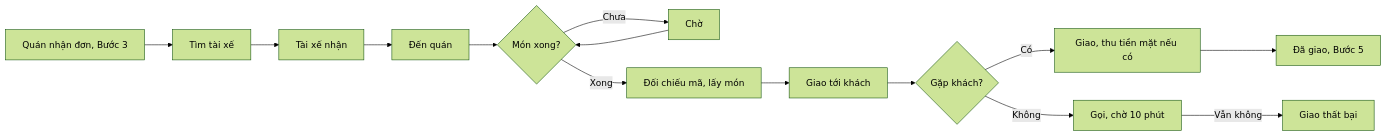
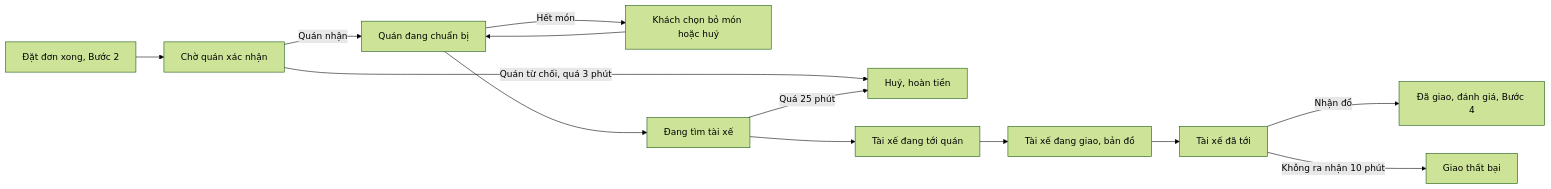
One commit to uxfoundation-vn/de06-dat-ship-do-an changed the fourth of 5 diagrams in docs/PRD.md. Above: the diagram before and after it, drawn with Mermaid (forest theme). The commit also changed other lines of this file and 2 other files, not shown here.

First line of the commit message:
Đề 6: chỉ giữ luồng của khách

````diff
--- a/docs/PRD.md
+++ b/docs/PRD.md
@@ -345,16 +281,15 @@
 ```mermaid
 flowchart LR
-  A["Quán nhận đơn, Bước 3"] --> B["Tìm tài xế"]
-  B --> C["Tài xế nhận"]
-  C --> D["Đến quán"]
-  D --> E{"Món xong?"}
-  E -->|Chưa| F["Chờ"]
-  F --> E
-  E -->|Xong| G["Đối chiếu mã, lấy món"]
-  G --> H["Giao tới khách"]
-  H --> I{"Gặp khách?"}
-  I -->|Có| J["Giao, thu tiền mặt nếu có"]
-  I -->|Không| K["Gọi, chờ 10 phút"]
-  K -->|Vẫn không| L["Giao thất bại"]
-  J --> M["Đã giao, Bước 5"]
+  A["Đặt đơn xong, Bước 2"] --> B["Chờ quán xác nhận"]
+  B -->|Quán từ chối, quá 3 phút| X["Huỷ, hoàn tiền"]
+  B -->|Quán nhận| C["Quán đang chuẩn bị"]
+  C -->|Hết món| D["Khách chọn bỏ món hoặc huỷ"]
+  D --> C
+  C --> E["Đang tìm tài xế"]
+  E -->|Quá 25 phút| X
+  E --> F["Tài xế đang tới quán"]
+  F --> G["Tài xế đang giao, bản đồ"]
+  G --> H["Tài xế đã tới"]
+  H -->|Nhận đồ| I["Đã giao, đánh giá, Bước 4"]
+  H -->|Không ra nhận 10 phút| J["Giao thất bại"]
 ```
````
